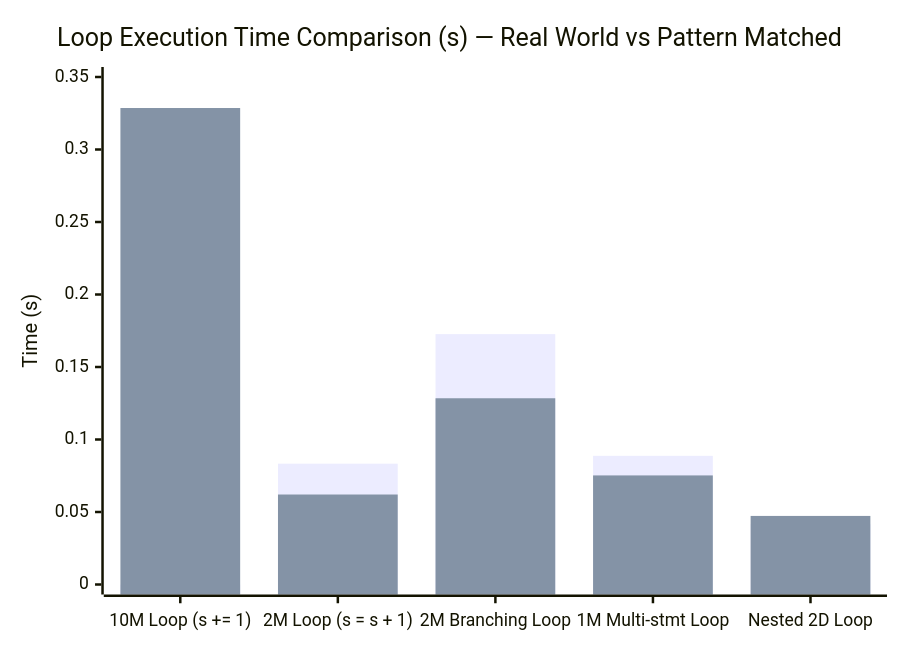
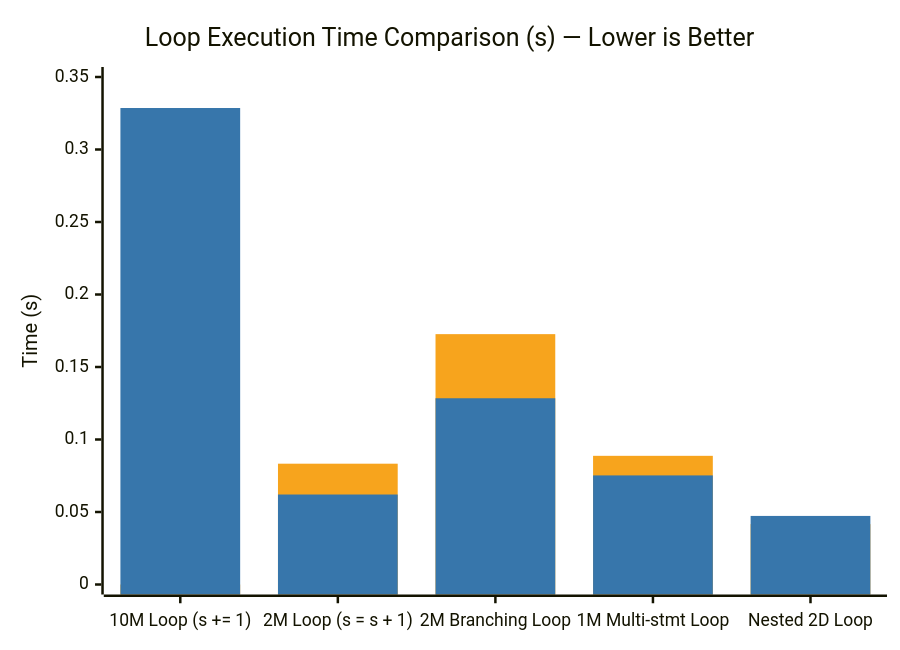
One commit to babar-xagi/zython- changed the first of 2 diagrams in final_sumary.md. Above: the diagram before and after it, drawn with Mermaid. The commit also changed other lines of this file and 8 other files, not shown here.

Commit message:
docs: add comprehensive developer documentation, achievements log, and roadmap

````diff
--- a/final_sumary.md
+++ b/final_sumary.md
@@ -109,8 +109,9 @@
 ```mermaid
+%%{init: {"themeVariables": {"xyChart": {"plotColorPalette": "#F7A41D, #3776AB"}}}}%%
 xychart-beta
-    title "Loop Execution Time Comparison (s) — Real World vs Pattern Matched"
+    title "Loop Execution Time Comparison (s) — Lower is Better"
     x-axis ["10M Loop (s += 1)", "2M Loop (s = s + 1)", "2M Branching Loop", "1M Multi-stmt Loop", "Nested 2D Loop"]
     y-axis "Time (s)" 0.0 --> 0.35
     bar [0.000003, 0.08331, 0.17266, 0.08874, 0.04165]
     bar [0.328611, 0.06206, 0.12844, 0.07523, 0.04729]
 ```
````
